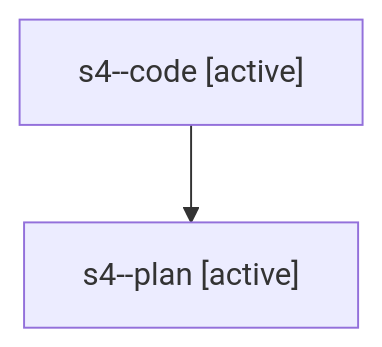
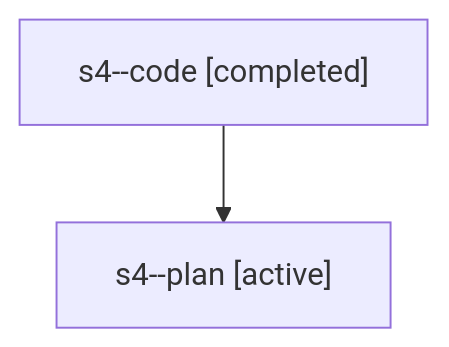
The diagram in families/bbugyi200.athena.s4.md (sase-org/sase--agents), drawn with Mermaid before and after one commit. The commit also changed other lines of this file and 5813 other files, not shown here.

````diff
--- a/families/bbugyi200.athena.s4.md
+++ b/families/bbugyi200.athena.s4.md
@@ -9,6 +9,6 @@
 ```mermaid
 flowchart TD
-  n0["s4--code [active]"]
+  n0["s4--code [completed]"]
   n1["s4--plan [active]"]
   n0 --> n1
 ```
````
